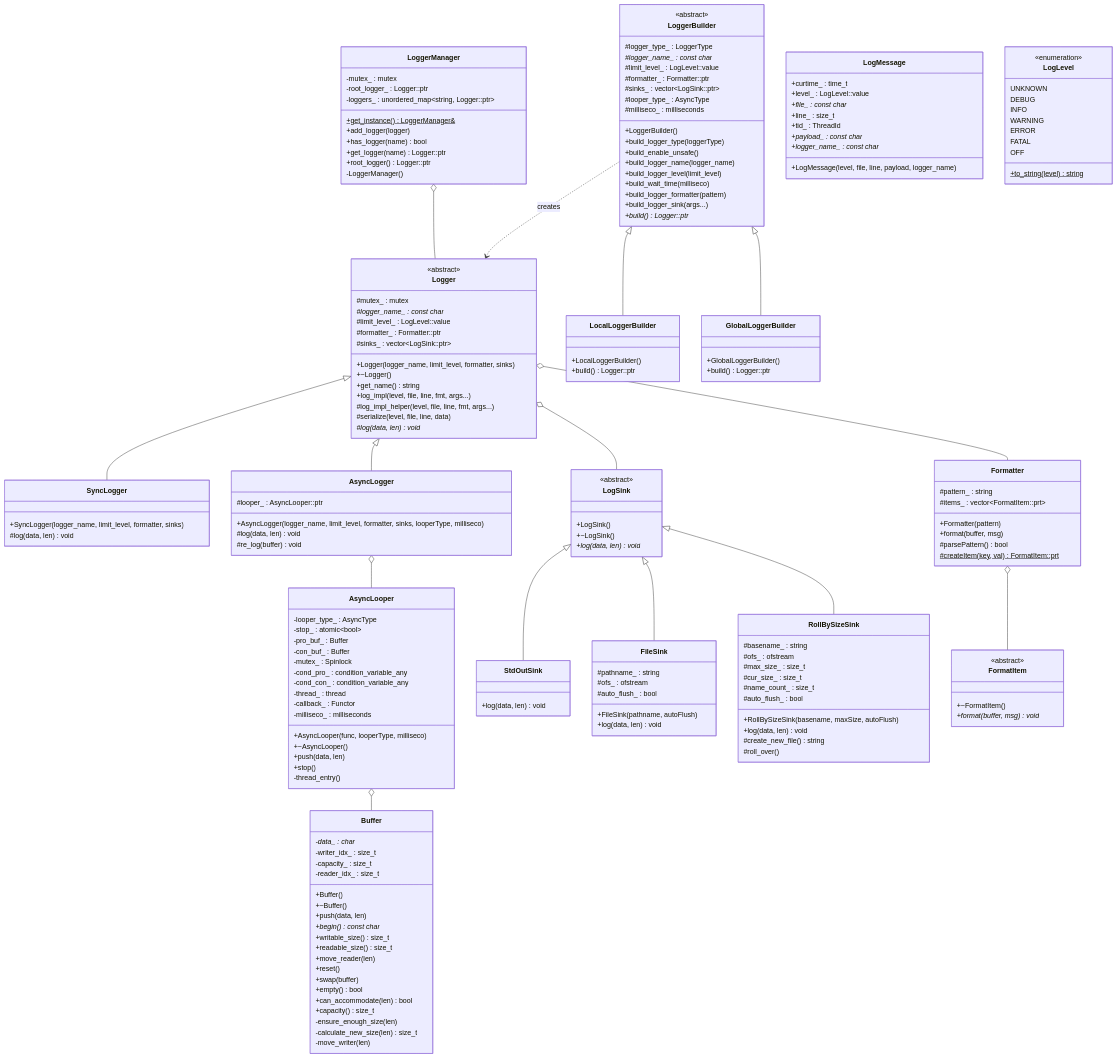
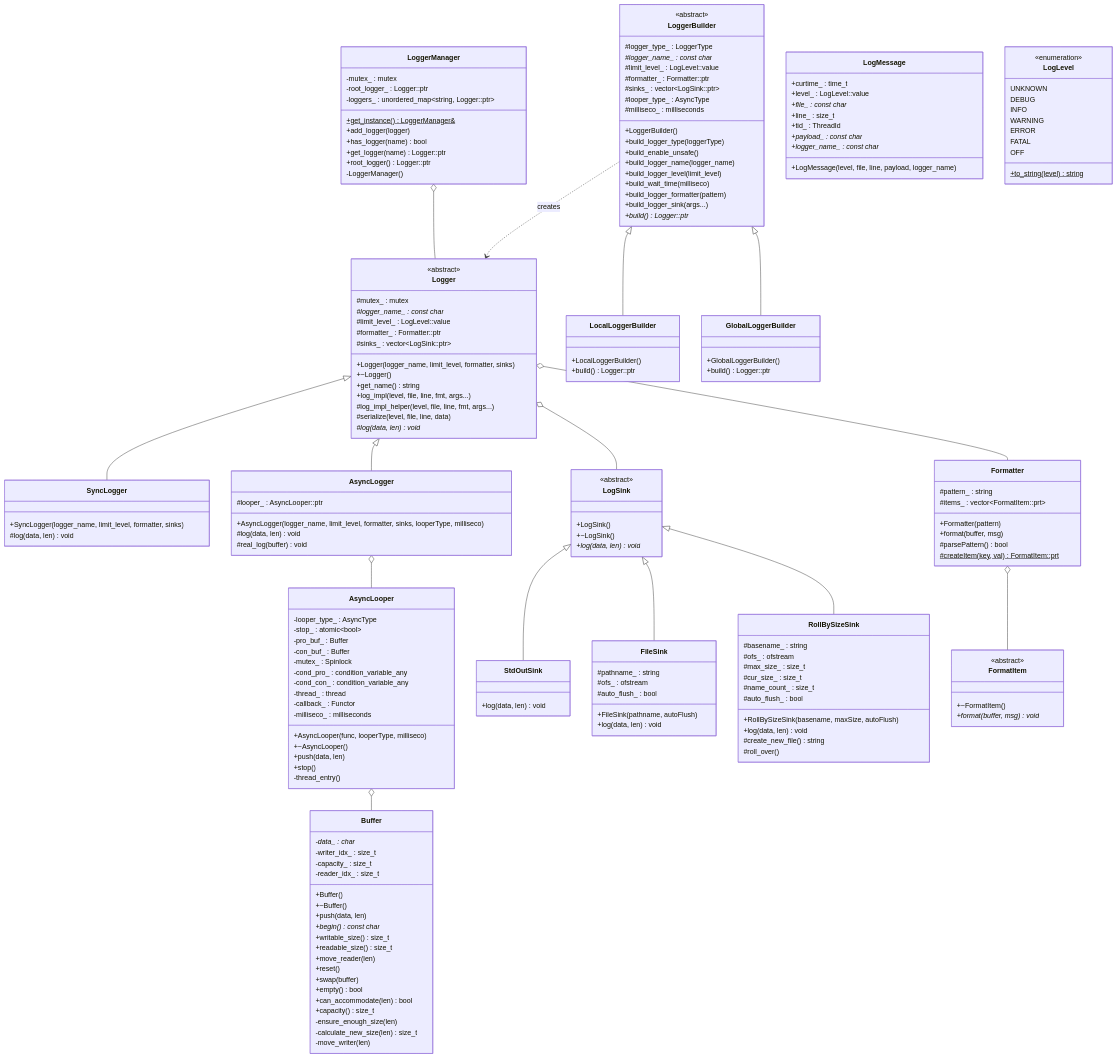
Before and after one commit to hzh-betty/zlynx: the second of 4 diagrams in zlog/README.md, drawn with Mermaid. The commit also changed other lines of this file and 82 other files, not shown here.

```diff
--- a/zlog/README.md
+++ b/zlog/README.md
@@ -122,7 +122,7 @@
         #looper_ : AsyncLooper::ptr
         +AsyncLogger(logger_name, limit_level, formatter, sinks, looperType, milliseco)
         #log(data, len) void
-        #re_log(buffer) void
+        #real_log(buffer) void
     }
 
     class LoggerBuilder {
```
